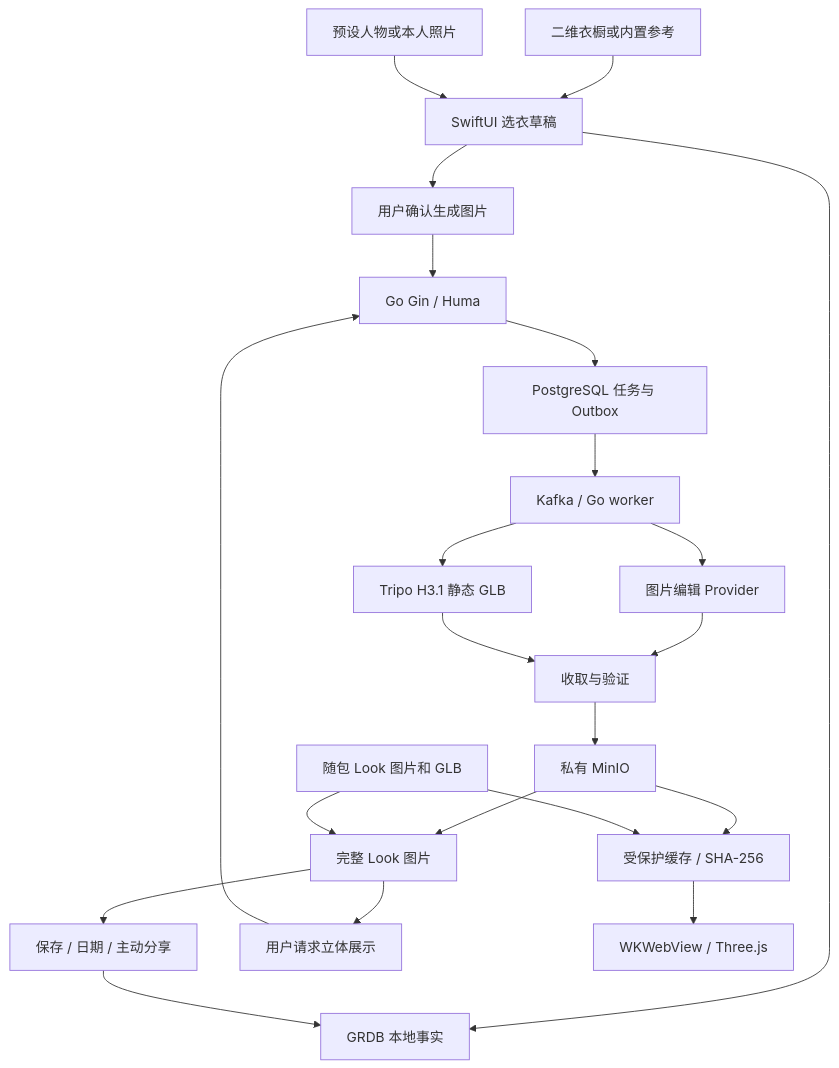
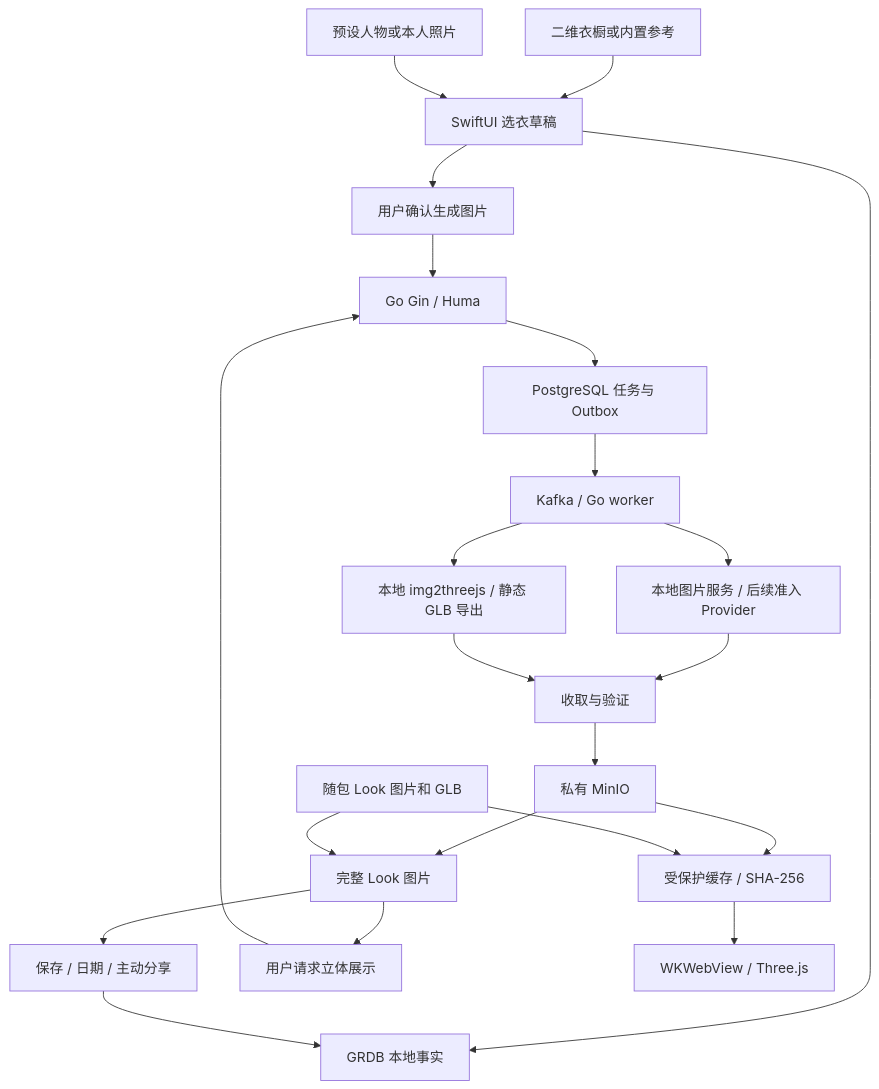
The diagram in docs/design/20-OOTD完整产品能力与阶段架构设计.md (StephenQiu30/then-server), drawn with Mermaid before and after one commit. The commit also changed other lines of this file and 9 other files, not shown here.

````diff
--- a/docs/design/20-OOTD完整产品能力与阶段架构设计.md
+++ b/docs/design/20-OOTD完整产品能力与阶段架构设计.md
@@ -57,24 +63,24 @@
 ```mermaid
 flowchart TD
     Wardrobe[二维衣橱或内置参考] --> Draft[SwiftUI 选衣草稿]
     Person[预设人物或本人照片] --> Draft
     Draft --> ImageRequest[用户确认生成图片]
     ImageRequest --> API[Go Gin / Huma]
     API --> PG[PostgreSQL 任务与 Outbox]
     PG --> Queue[Kafka / Go worker]
-    Queue --> ImageProvider[图片编辑 Provider]
+    Queue --> ImageProvider[本地图片服务 / 后续准入 Provider]
     ImageProvider --> Validate[收取与验证]
     Validate --> Storage[私有 MinIO]
     Storage --> Image[完整 Look 图片]
     Image --> Save[保存 / 日期 / 主动分享]
     Image --> ModelRequest[用户请求立体展示]
     ModelRequest --> API
-    Queue --> Tripo[Tripo H3.1 静态 GLB]
-    Tripo --> Validate
+    Queue --> ModelTool[本地 img2threejs / 静态 GLB 导出]
+    ModelTool --> Validate
     Storage --> Cache[受保护缓存 / SHA-256]
     Cache --> Renderer[WKWebView / Three.js]
     Builtin[随包 Look 图片和 GLB] --> Cache
     Builtin --> Image
     Draft --> Local[GRDB 本地事实]
     Save --> Local
 ```
````
